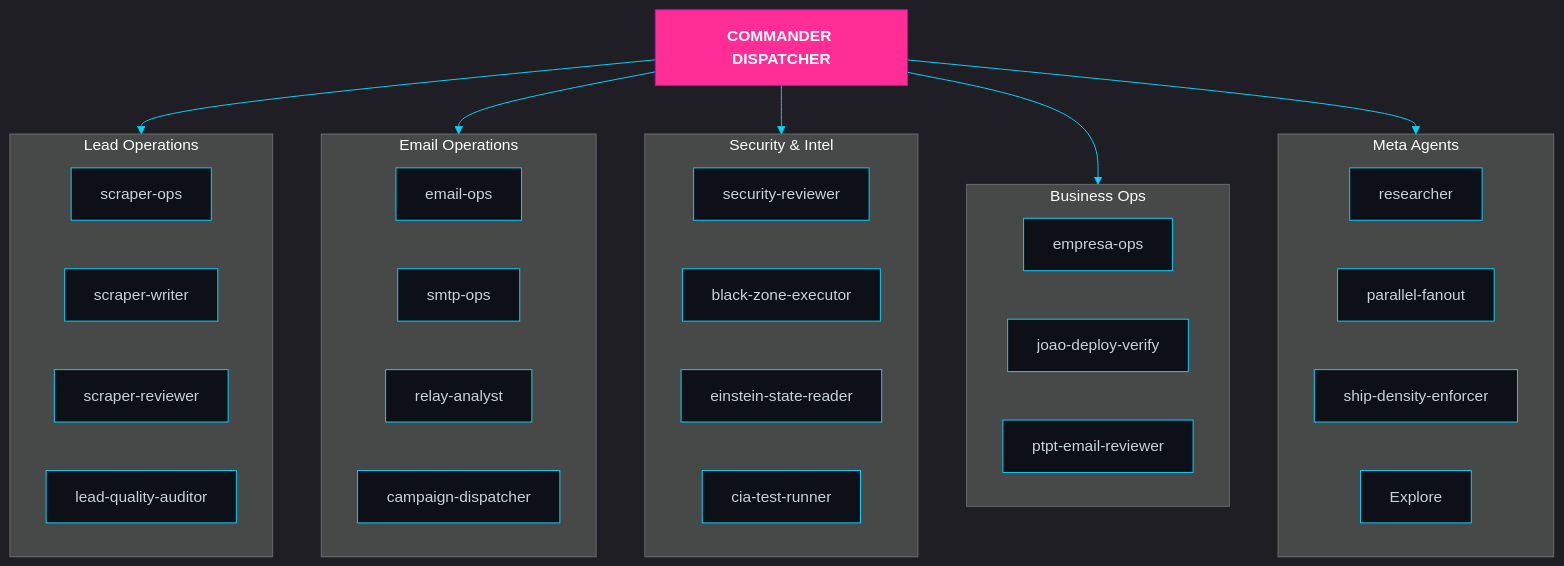
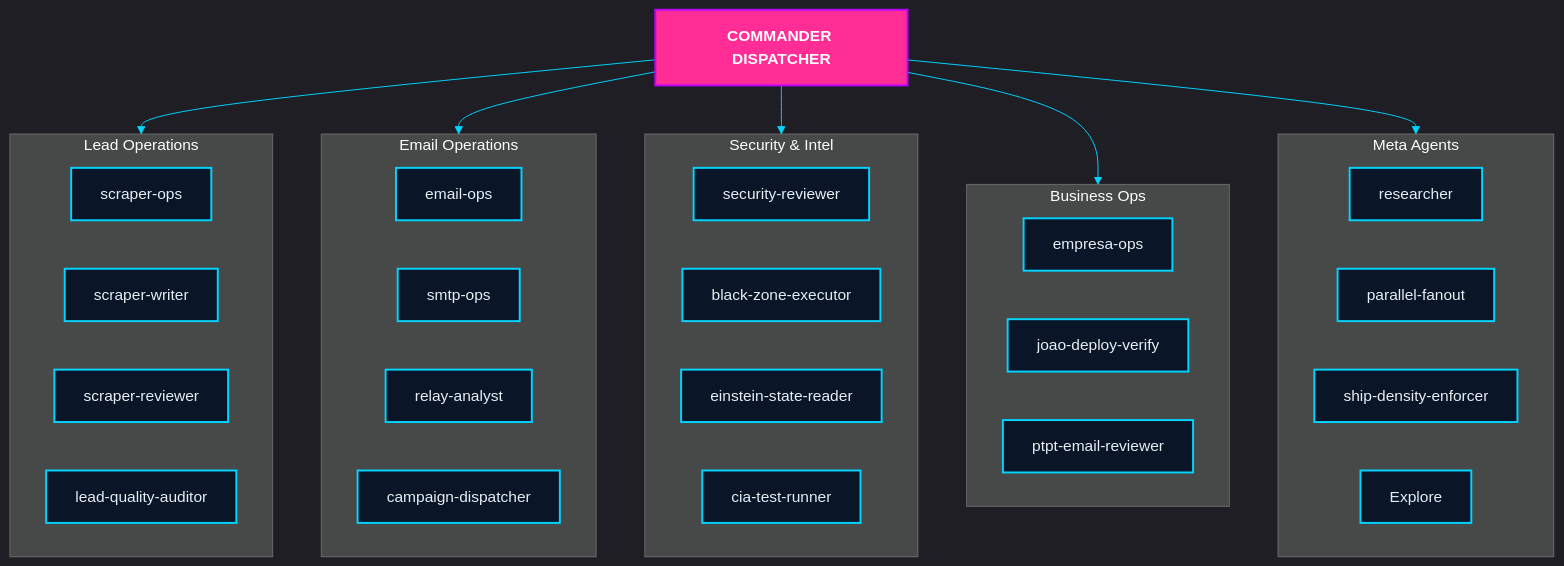
Before and after one commit to MatheusAgueda/MatheusAgueda: the sixth of 9 diagrams in README.md, drawn with Mermaid. The commit also changed other lines of this file, not shown here.

Commit message:
fix: improve Mermaid diagram visibility — neon-tinted fills replace invisible #0d1117

````diff
--- a/README.md
+++ b/README.md
@@ -768,51 +768,51 @@
 ```mermaid
 %%{init: {'theme': 'dark', 'themeVariables': {'primaryColor': '#FF2D95', 'primaryTextColor': '#fff', 'primaryBorderColor': '#BD00FF', 'lineColor': '#00D4FF'}}}%%
 
 graph TD
     CMD["COMMANDER DISPATCHER"]
 
     subgraph SCRAPING["Lead Operations"]
         SO["scraper-ops"]
         SW["scraper-writer"]
         SR["scraper-reviewer"]
         LQ["lead-quality-auditor"]
     end
 
     subgraph EMAIL["Email Operations"]
         EO["email-ops"]
         SM["smtp-ops"]
         RA["relay-analyst"]
         CD["campaign-dispatcher"]
     end
 
     subgraph SECURITY["Security & Intel"]
         SV["security-reviewer"]
         BZ["black-zone-executor"]
         ER["einstein-state-reader"]
         CT["cia-test-runner"]
     end
 
     subgraph BUSINESS["Business Ops"]
         EP["empresa-ops"]
         JD["joao-deploy-verify"]
         PT["ptpt-email-reviewer"]
     end
 
     subgraph META["Meta Agents"]
         RS["researcher"]
         PF["parallel-fanout"]
         SD["ship-density-enforcer"]
         EX["Explore"]
     end
 
     CMD --> SCRAPING
     CMD --> EMAIL
     CMD --> SECURITY
     CMD --> BUSINESS
     CMD --> META
 
-    classDef commander fill:#FF2D95,stroke:#BD00FF,color:#fff,font-weight:bold
-    classDef ops fill:#0d1117,stroke:#00D4FF,color:#c9d1d9
+    classDef commander fill:#FF2D95,stroke:#BD00FF,color:#fff,font-weight:bold,stroke-width:2px
+    classDef ops fill:#0a1628,stroke:#00D4FF,color:#e6edf3,stroke-width:2px
     class CMD commander
     class SO,SW,SR,LQ,EO,SM,RA,CD,SV,BZ,ER,CT,EP,JD,PT,RS,PF,SD,EX ops
 ```
````
